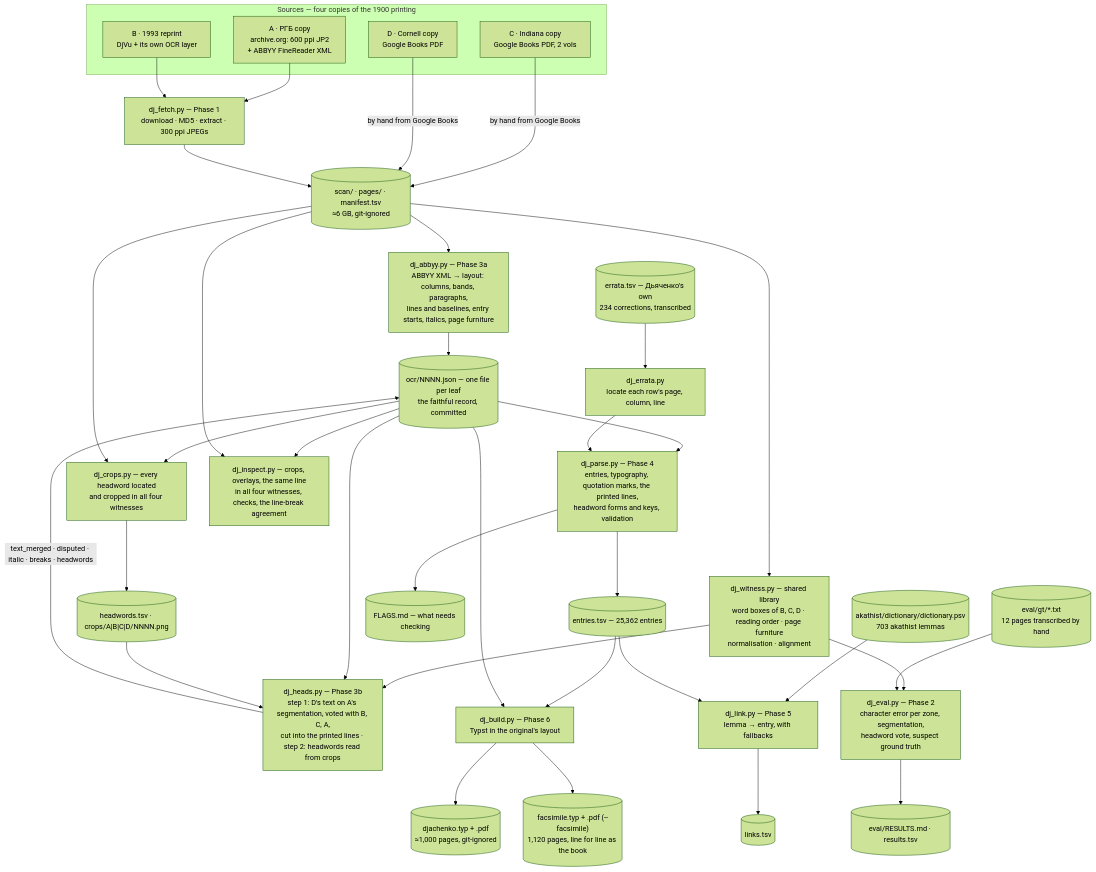
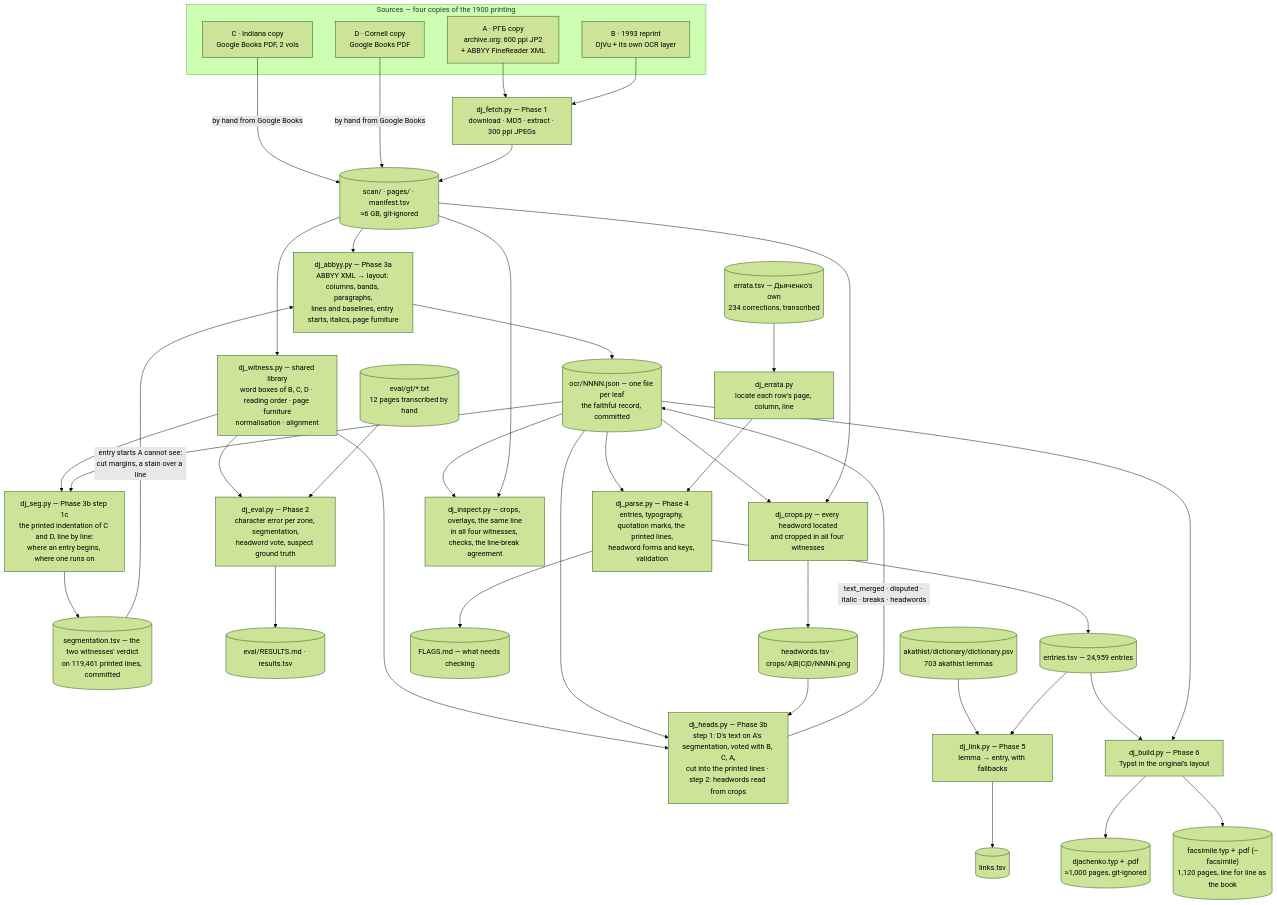
One commit to pancakescrawlspace/akafist changed the diagram in README.md. Above: the diagram before and after it, drawn with Mermaid (forest theme). The commit also changed other lines of this file and 3 other files, not shown here.

First line of the commit message:
Дьяченко: PLAN Rev. 7, PROGRESS, README diagram, COPIES — the segmentation step written up

````diff
--- a/README.md
+++ b/README.md
@@ -181,51 +181,56 @@
 ```mermaid
 flowchart TD
     subgraph SRC["Sources — four copies of the 1900 printing"]
         WA["A · РГБ copy<br/>archive.org: 600 ppi JP2<br/>+ ABBYY FineReader XML"]
         WB["B · 1993 reprint<br/>DjVu + its own OCR layer"]
         WC["C · Indiana copy<br/>Google Books PDF, 2 vols"]
         WD["D · Cornell copy<br/>Google Books PDF"]
     end
 
     WA --> FETCH["dj_fetch.py — Phase 1<br/>download · MD5 · extract · 300 ppi JPEGs"]
     WB --> FETCH
     WC -- "by hand from Google Books" --> SCAN
     WD -- "by hand from Google Books" --> SCAN
     FETCH --> SCAN[("scan/ · pages/ · manifest.tsv<br/>≈6 GB, git-ignored")]
 
     SCAN --> ABBYY["dj_abbyy.py — Phase 3a<br/>ABBYY XML → layout: columns, bands, paragraphs,<br/>lines and baselines, entry starts, italics, page furniture"]
     ABBYY --> OCRJ[("ocr/NNNN.json — one file per leaf<br/>the faithful record, committed")]
 
     SCAN --> WITLIB["dj_witness.py — shared library<br/>word boxes of B, C, D · reading order · page furniture<br/>normalisation · alignment"]
 
     WITLIB --> HEADS["dj_heads.py — Phase 3b<br/>step 1: D's text on A's segmentation, voted with B, C, A,<br/>cut into the printed lines · step 2: headwords read from crops"]
     OCRJ --> HEADS
     HEADS -- "text_merged · disputed · italic · breaks · headwords" --> OCRJ
 
+    WITLIB --> SEG["dj_seg.py — Phase 3b step 1c<br/>the printed indentation of C and D, line by line:<br/>where an entry begins, where one runs on"]
+    OCRJ --> SEG
+    SEG --> SEGF[("segmentation.tsv — the two witnesses' verdict<br/>on 119,461 printed lines, committed")]
+    SEGF -- "entry starts A cannot see:<br/>cut margins, a stain over a line" --> ABBYY
+
     WITLIB --> EVAL["dj_eval.py — Phase 2<br/>character error per zone, segmentation,<br/>headword vote, suspect ground truth"]
     GT[("eval/gt/*.txt<br/>12 pages transcribed by hand")] --> EVAL
     EVAL --> RES[("eval/RESULTS.md · results.tsv")]
 
     OCRJ --> PARSE["dj_parse.py — Phase 4<br/>entries, typography, quotation marks, the printed lines,<br/>headword forms and keys, validation"]
     ERR[("errata.tsv — Дьяченко's own<br/>234 corrections, transcribed")] --> ERRATA["dj_errata.py<br/>locate each row's page, column, line"]
     ERRATA --> PARSE
-    PARSE --> ENT[("entries.tsv — 25,362 entries")]
+    PARSE --> ENT[("entries.tsv — 24,959 entries")]
     PARSE --> FLG[("FLAGS.md — what needs checking")]
 
     PSV[("akathist/dictionary/dictionary.psv<br/>703 akathist lemmas")] --> LINK["dj_link.py — Phase 5<br/>lemma → entry, with fallbacks"]
     ENT --> LINK
     LINK --> LNK[("links.tsv")]
 
     ENT --> BUILD["dj_build.py — Phase 6<br/>Typst in the original's layout"]
     BUILD --> PDF[("djachenko.typ + .pdf<br/>≈1,000 pages, git-ignored")]
     OCRJ --> BUILD
     BUILD --> FAC[("facsimile.typ + .pdf (--facsimile)<br/>1,120 pages, line for line as the book")]
 
     OCRJ --> CROPS["dj_crops.py — every headword located<br/>and cropped in all four witnesses"]
     SCAN --> CROPS
     CROPS --> HW[("headwords.tsv · crops/A|B|C|D/NNNN.png")]
     HW --> HEADS
 
     OCRJ --> INSP["dj_inspect.py — crops, overlays, the same line<br/>in all four witnesses, checks, the line-break agreement"]
     SCAN --> INSP
 ```
````
